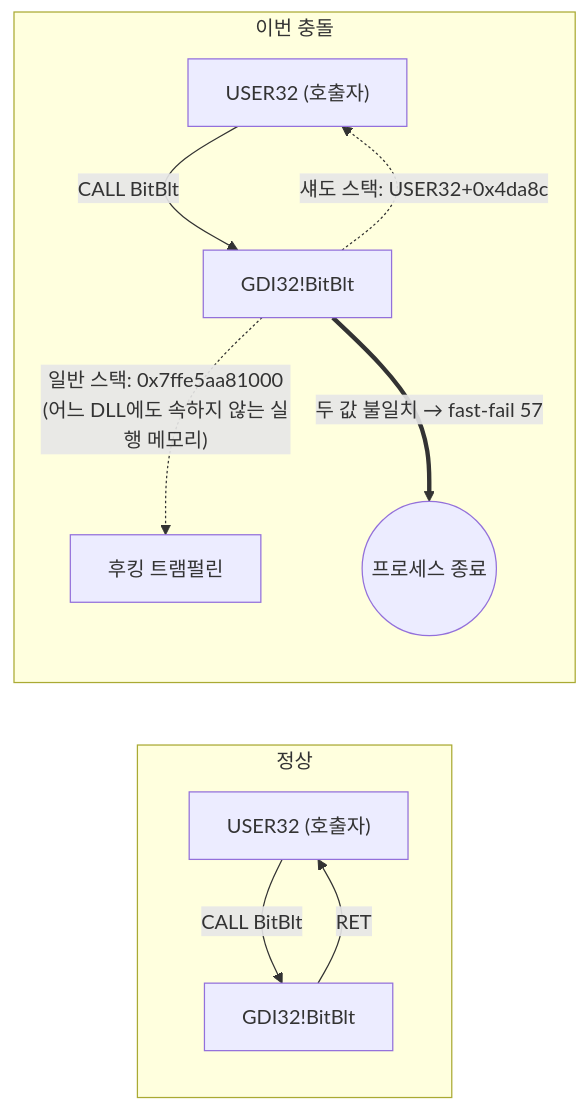
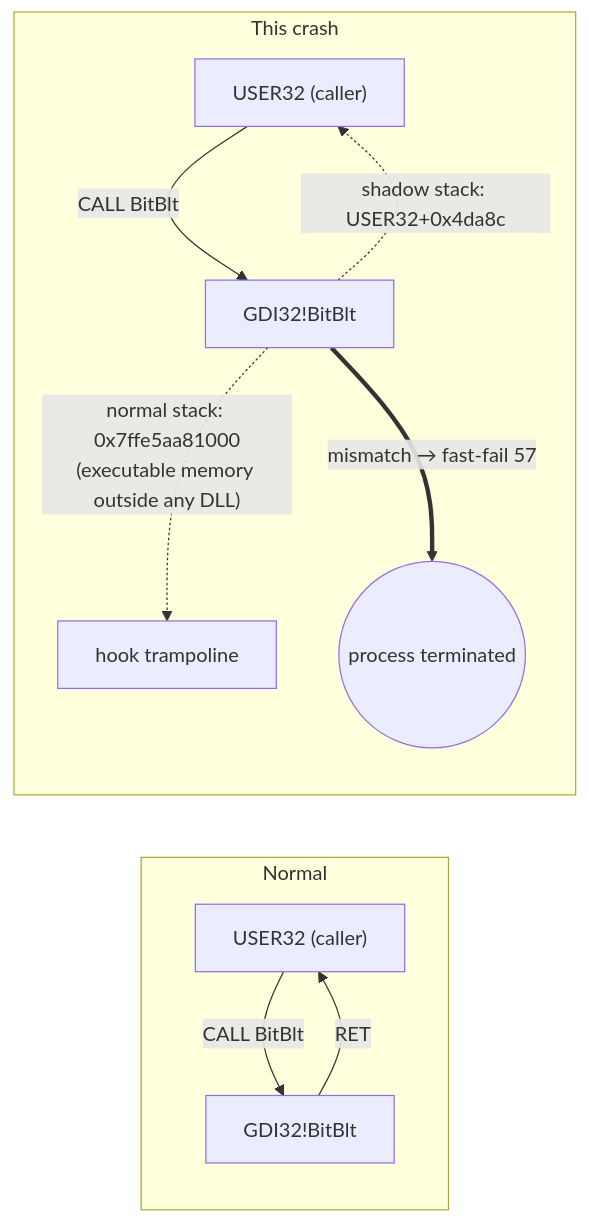
The diagram in README.md (Sweet-Butters/chrome-cet-crash-touchen), drawn with Mermaid before and after one commit. The commit also changed other lines of this file and 1 other file, not shown here.

````diff
--- a/README.md
+++ b/README.md
@@ -106,13 +108,13 @@
 ```mermaid
 flowchart LR
-    subgraph normal["정상"]
-      A["USER32 (호출자)"] -- "CALL BitBlt" --> B["GDI32!BitBlt"]
+    subgraph normal["Normal"]
+      A["USER32 (caller)"] -- "CALL BitBlt" --> B["GDI32!BitBlt"]
       B -- "RET" --> A
     end
-    subgraph crash["이번 충돌"]
-      C["USER32 (호출자)"] -- "CALL BitBlt" --> D["GDI32!BitBlt"]
-      D -. "일반 스택: 0x7ffe5aa81000<br/>(어느 DLL에도 속하지 않는 실행 메모리)" .-> E["후킹 트램펄린"]
-      D -. "섀도 스택: USER32+0x4da8c" .-> C
-      D == "두 값 불일치 → fast-fail 57" ==> X(("프로세스 종료"))
+    subgraph crash["This crash"]
+      C["USER32 (caller)"] -- "CALL BitBlt" --> D["GDI32!BitBlt"]
+      D -. "normal stack: 0x7ffe5aa81000<br/>(executable memory outside any DLL)" .-> E["hook trampoline"]
+      D -. "shadow stack: USER32+0x4da8c" .-> C
+      D == "mismatch → fast-fail 57" ==> X(("process terminated"))
     end
 ```
````
